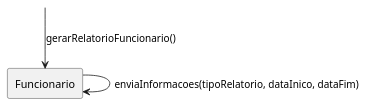
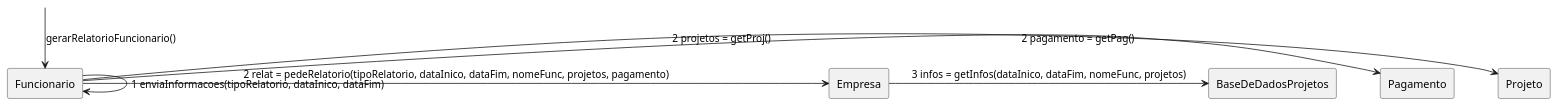
One commit to tikaradate/CI1163-Design_de_Software changed the diagram in casos_de_uso/caso-3/3-DCom.plantuml. Above: the diagram before and after it, drawn with PlantUML.

Commit message:
att 3-DCom

```diff
--- a/casos_de_uso/caso-3/3-DCom.plantuml
+++ b/casos_de_uso/caso-3/3-DCom.plantuml
@@ -1,16 +1,21 @@
 @startuml
 'rectangle "Gerente" as gerente
 'rectangle "FolhaDePagamento" as folha
-'rectangle "Pagamento" as pagamento
+rectangle "Pagamento" as pagamento
 rectangle "Funcionario" as funcionario
-'rectangle "Empresa" as empresa
+rectangle "Empresa" as empresa
 'rectangle "ListaDeFuncionarios" as lista
 'rectangle "Venda" as venda
 'rectangle "Ponto" as ponto
-'rectangle "BaseDeDadosProjetos" as base
-'rectangle "Projeto" as projeto
+rectangle "BaseDeDadosProjetos" as base
+rectangle "Projeto" as projeto
 label " " as ini
 
 ini -down-> funcionario     : gerarRelatorioFuncionario()
-funcionario -> funcionario  : enviaInformacoes(tipoRelatorio, dataInico, dataFim)
+funcionario -> funcionario  : 1 enviaInformacoes(tipoRelatorio, dataInico, dataFim)
+funcionario -> projeto      : 2 projetos = getProj()
+funcionario -> pagamento    : 2 pagamento = getPag()
+funcionario -> empresa      : 2 relat = pedeRelatorio(tipoRelatorio, dataInico, dataFim, nomeFunc, projetos, pagamento)
+empresa -> base             : 3 infos = getInfos(dataInico, dataFim, nomeFunc, projetos)
+
 @enduml
```
